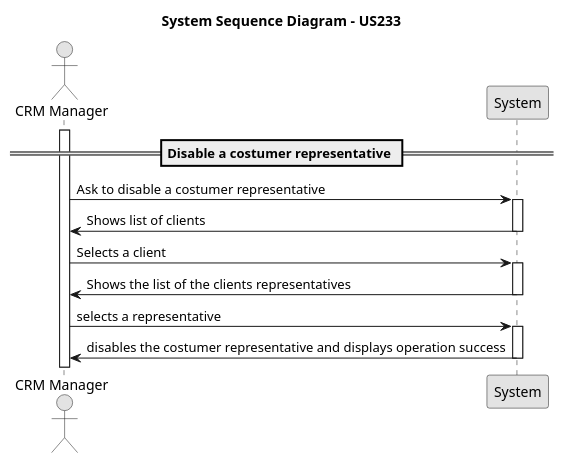
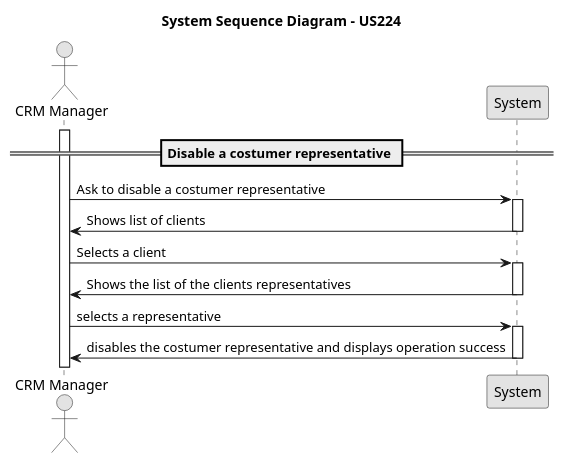
Before and after one commit to rubenFreitas1/ISEP-LAPR4-2024-2025: the diagram in docs/Sprint2/us_224/diagrams/system-sequence-diagram-US224.puml, drawn with PlantUML. The commit also changed 2 other files, not shown here.

```diff
--- a/docs/Sprint2/us_224/diagrams/system-sequence-diagram-US224.puml
+++ b/docs/Sprint2/us_224/diagrams/system-sequence-diagram-US224.puml
@@ -1,32 +1,32 @@
 @startuml
 skinparam monochrome true
 skinparam packageStyle rectangle
 skinparam shadowing false
 
 actor "CRM Manager" as crmManager
 participant "System" as system
 
-title System Sequence Diagram - US233
+title System Sequence Diagram - US224
 
 == Disable a costumer representative ==
 activate crmManager
 
     crmManager -> system : Ask to disable a costumer representative
     activate system
 
         system -> crmManager : Shows list of clients
     deactivate system
 
     crmManager -> system : Selects a client
     activate system
 
         system -> crmManager : Shows the list of the clients representatives
     deactivate system
 
     crmManager -> system : selects a representative
     activate system
 
         system -> crmManager : disables the costumer representative and displays operation success
     deactivate system
 
 @enduml
```
